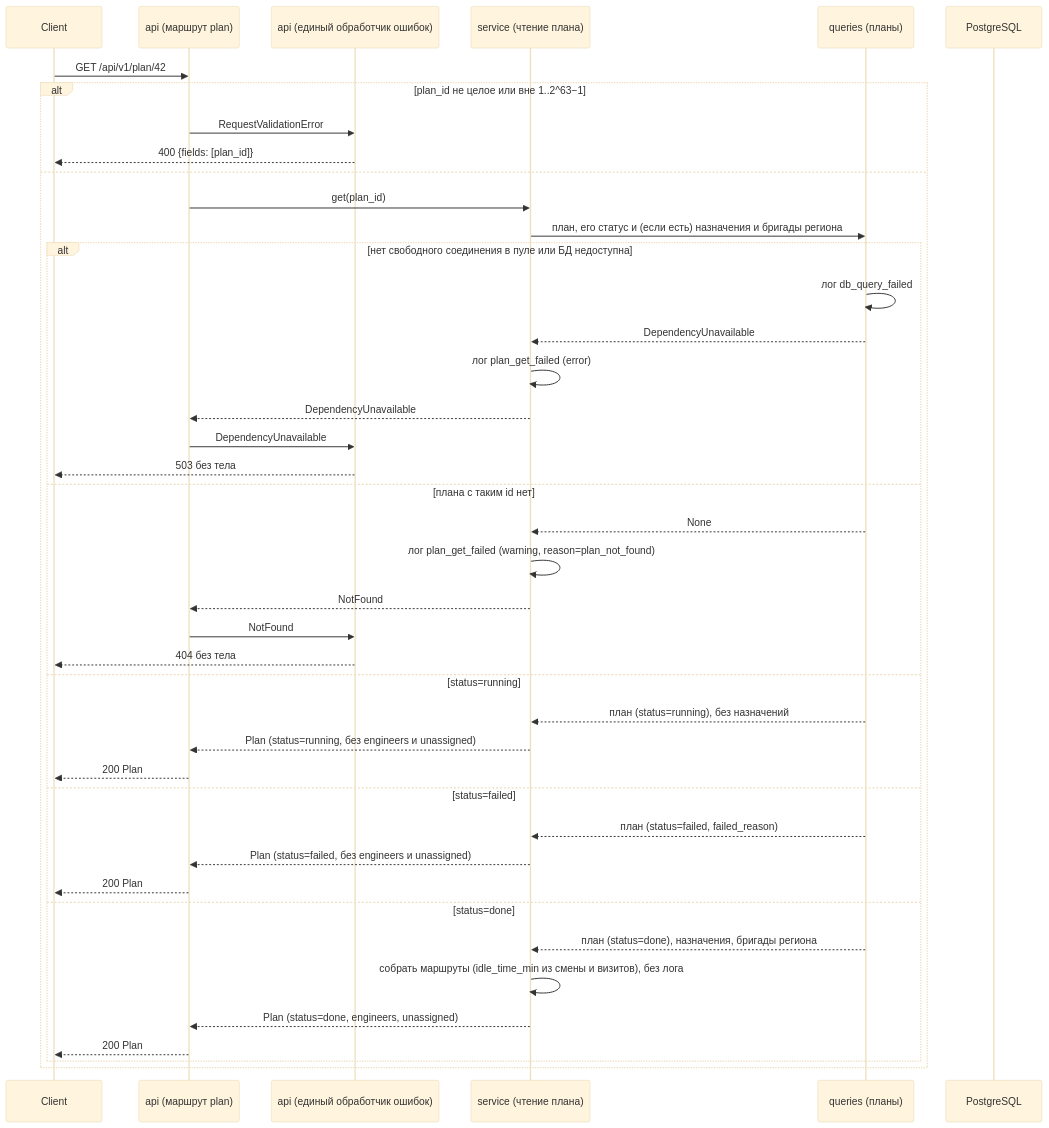
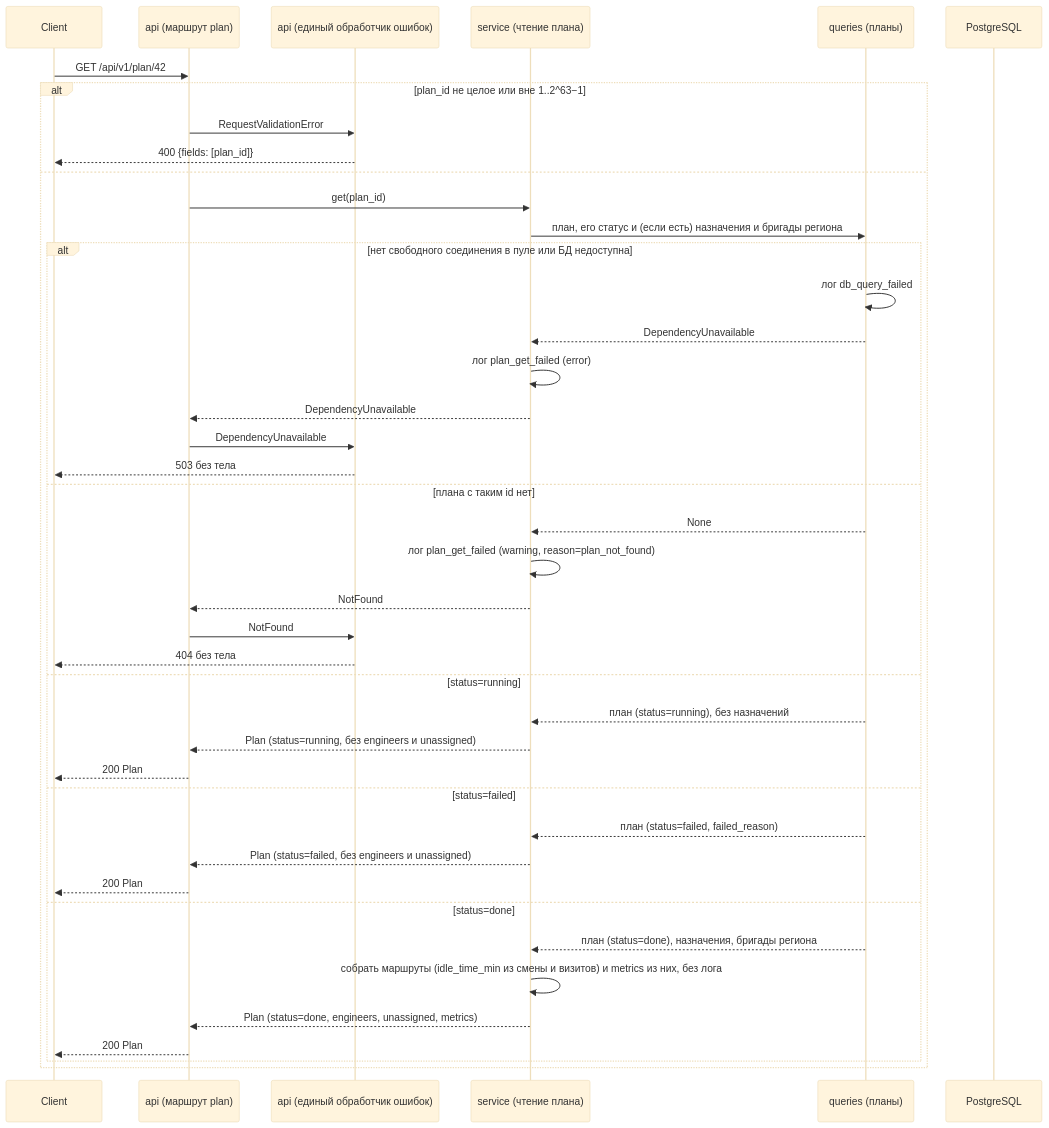
Before and after one commit to vseminoy/engineer_route_plan: the ninth of 10 diagrams in back/src/api/routes/sequence_diagrams.md, drawn with Mermaid (base theme). The commit also changed other lines of this file and 11 other files, not shown here.

Commit message:
feat(backend): plan metrics + GET /plan/{id}/compare

````diff
--- a/back/src/api/routes/sequence_diagrams.md
+++ b/back/src/api/routes/sequence_diagrams.md
@@ -584,45 +584,45 @@
 ```mermaid
 sequenceDiagram
     participant Client
     participant API as api (маршрут plan)
     participant H as api (единый обработчик ошибок)
     participant Svc as service (чтение плана)
     participant PlanRepo as queries (планы)
     participant DB as PostgreSQL
 
     Client->>API: GET /api/v1/plan/42
     alt plan_id не целое или вне 1..2^63−1
         API->>H: RequestValidationError
         H-->>Client: 400 {fields: [plan_id]}
     else
         API->>Svc: get(plan_id)
         Svc->>PlanRepo: план, его статус и (если есть) назначения и бригады региона
         alt нет свободного соединения в пуле или БД недоступна
             PlanRepo->>PlanRepo: лог db_query_failed
             PlanRepo-->>Svc: DependencyUnavailable
             Svc->>Svc: лог plan_get_failed (error)
             Svc-->>API: DependencyUnavailable
             API->>H: DependencyUnavailable
             H-->>Client: 503 без тела
         else плана с таким id нет
             PlanRepo-->>Svc: None
             Svc->>Svc: лог plan_get_failed (warning, reason=plan_not_found)
             Svc-->>API: NotFound
             API->>H: NotFound
             H-->>Client: 404 без тела
         else status=running
             PlanRepo-->>Svc: план (status=running), без назначений
             Svc-->>API: Plan (status=running, без engineers и unassigned)
             API-->>Client: 200 Plan
         else status=failed
             PlanRepo-->>Svc: план (status=failed, failed_reason)
             Svc-->>API: Plan (status=failed, без engineers и unassigned)
             API-->>Client: 200 Plan
         else status=done
             PlanRepo-->>Svc: план (status=done), назначения, бригады региона
-            Svc->>Svc: собрать маршруты (idle_time_min из смены и визитов), без лога
-            Svc-->>API: Plan (status=done, engineers, unassigned)
+            Svc->>Svc: собрать маршруты (idle_time_min из смены и визитов) и metrics из них, без лога
+            Svc-->>API: Plan (status=done, engineers, unassigned, metrics)
             API-->>Client: 200 Plan
         end
     end
 ```
````
